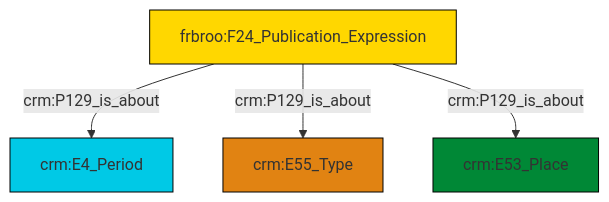
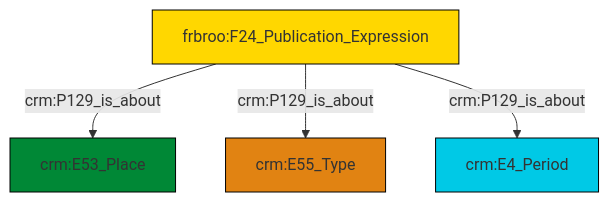
Before and after one commit to swiss-art-research-net/docs.swissartresearch: the diagram in et/biblioCSV/ttl/mmd/biblio_aboutness.ttl.mmd, drawn with Mermaid. The commit also changed 173 other files, not shown here.

```diff
--- a/et/biblioCSV/ttl/mmd/biblio_aboutness.ttl.mmd
+++ b/et/biblioCSV/ttl/mmd/biblio_aboutness.ttl.mmd
@@ -1,18 +1,18 @@
 graph TD
 classDef Literal fill:#f2f2f2,stroke:#000000;
 classDef CRM_Entity fill:#FFFFFF,stroke:#000000;
 classDef Temporal_Entity fill:#00C9E6, stroke:#000000;
 classDef Type fill:#E18312, stroke:#000000;
 classDef Time-Span fill:#2C9C91, stroke:#000000;
 classDef Appellation fill:#FFEB7F, stroke:#000000;
 classDef Place fill:#008836, stroke:#000000;
 classDef Persistent_Item fill:#B266B2, stroke:#000000;
 classDef Conceptual_Object fill:#FFD700, stroke:#000000;
 classDef Physical_Thing fill:#D2B48C, stroke:#000000;
 classDef Actor fill:#f58aad, stroke:#000000;
 classDef PC_Classes fill:#4ce600, stroke:#000000;
 classDef Multi fill:#cccccc,stroke:#000000;
 
-0["frbroo:F24_Publication_Expression"]:::Conceptual_Object -->|crm:P129_is_about| 1["crm:E4_Period"]:::Temporal_Entity
-0["frbroo:F24_Publication_Expression"]:::Conceptual_Object -->|crm:P129_is_about| 4["crm:E55_Type"]:::Type
 0["frbroo:F24_Publication_Expression"]:::Conceptual_Object -->|crm:P129_is_about| 2["crm:E53_Place"]:::Place
+0["frbroo:F24_Publication_Expression"]:::Conceptual_Object -->|crm:P129_is_about| 3["crm:E55_Type"]:::Type
+0["frbroo:F24_Publication_Expression"]:::Conceptual_Object -->|crm:P129_is_about| 4["crm:E4_Period"]:::Temporal_Entity
```
